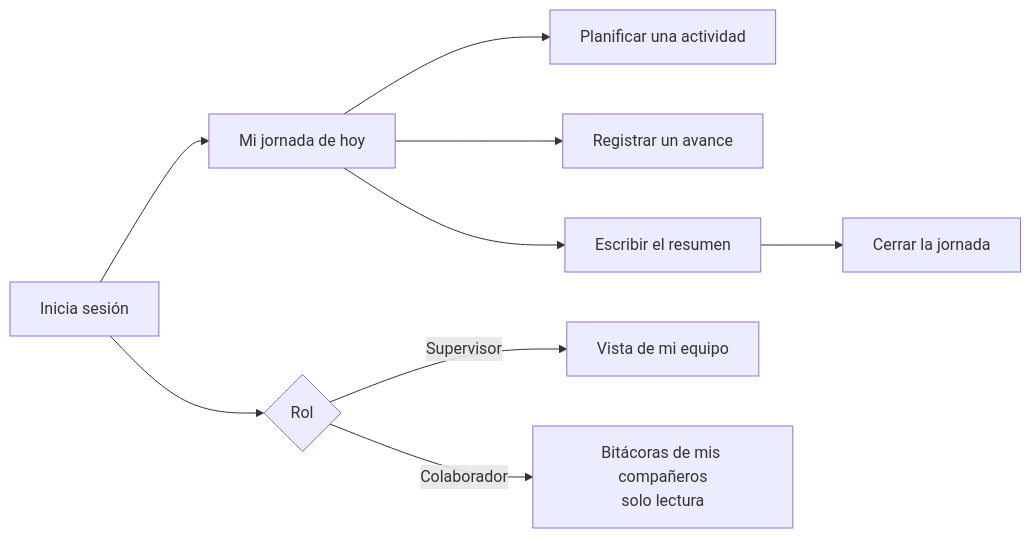
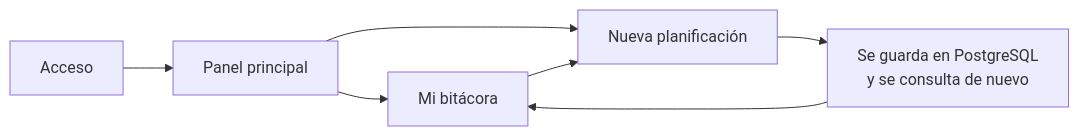
Before and after one commit to marlonbossa09/AI4Devs-finalproject: the second of 5 diagrams in readme.md, drawn with Mermaid. The commit also changed other lines of this file and 148 other files, not shown here.

````diff
--- a/readme.md
+++ b/readme.md
@@ -101,11 +101,9 @@
 ```mermaid
 flowchart LR
-    A[Inicia sesión] --> B[Mi jornada de hoy]
-    B --> C[Planificar una actividad]
-    B --> D[Registrar un avance]
-    B --> E[Escribir el resumen]
-    E --> F[Cerrar la jornada]
-    A --> G{Rol}
-    G -->|Supervisor| H[Vista de mi equipo]
-    G -->|Colaborador| I[Bitácoras de mis compañeros<br/>solo lectura]
+    A[Acceso] --> B[Panel principal]
+    B --> C[Mi bitácora]
+    B --> D[Nueva planificación]
+    C --> D
+    D --> E[Se guarda en PostgreSQL<br/>y se consulta de nuevo]
+    E --> C
 ```
````
